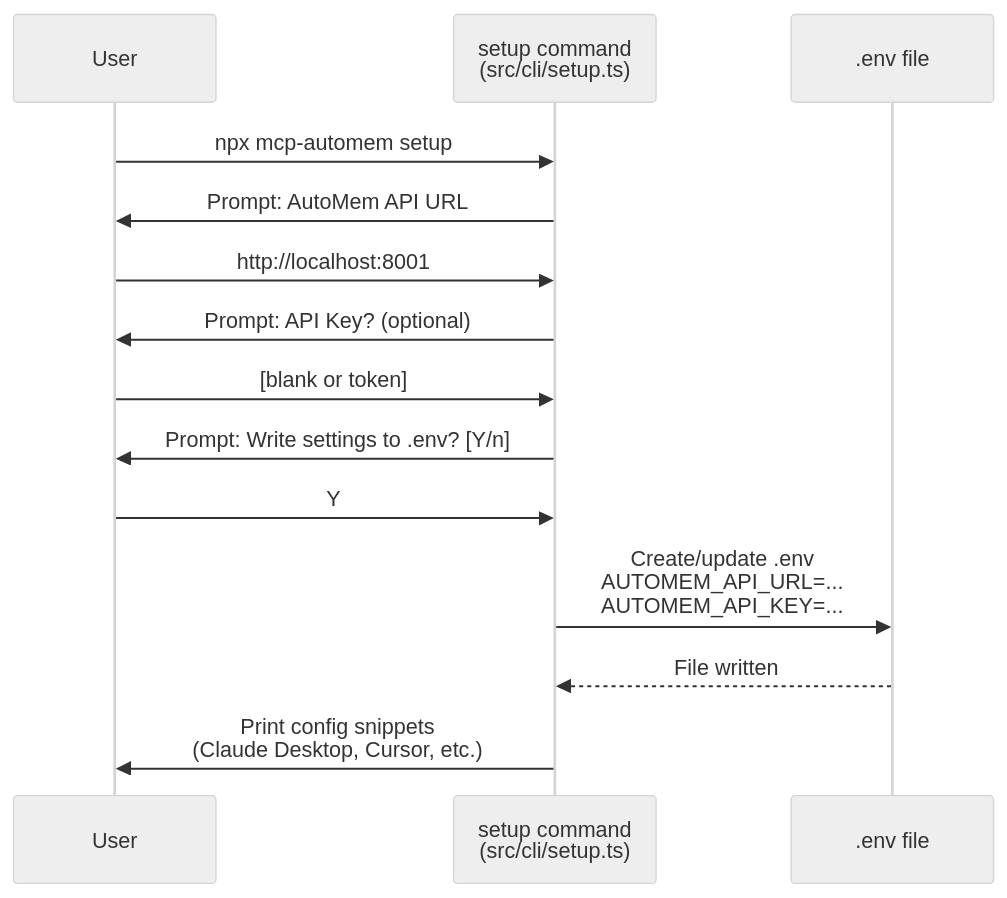
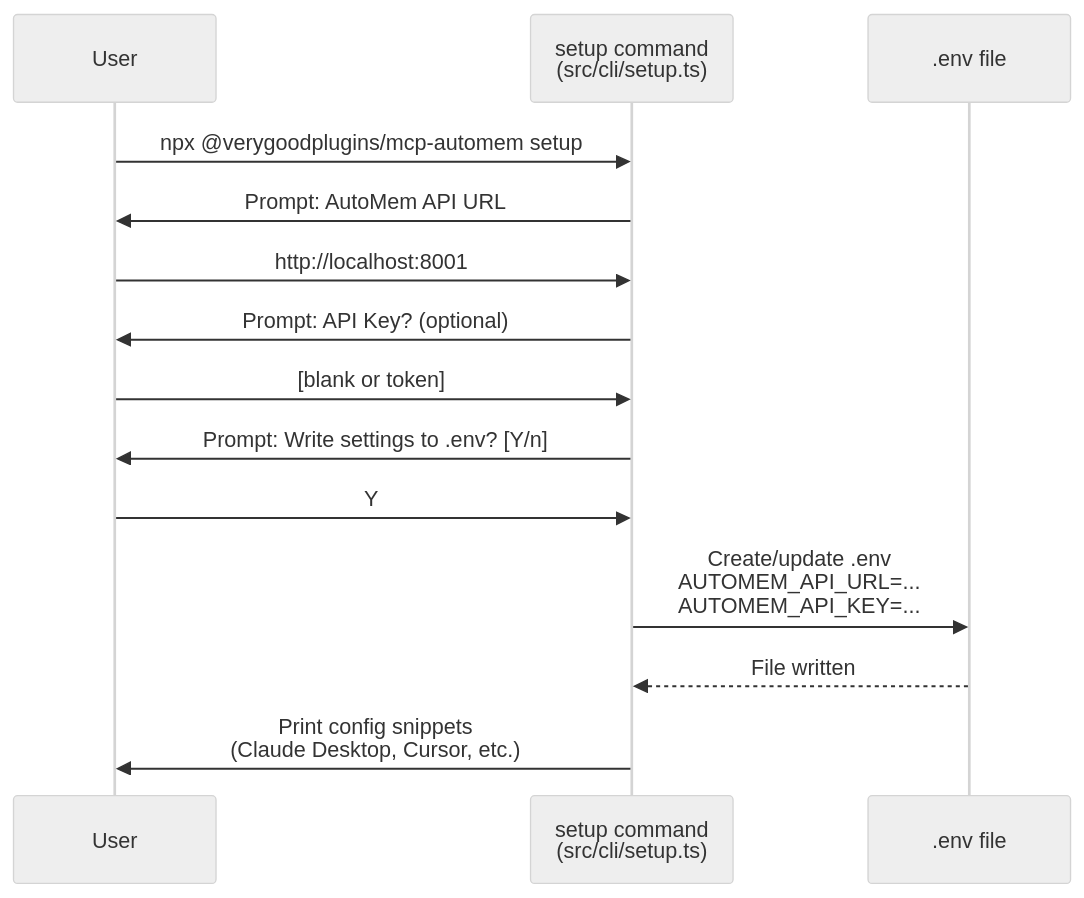
One commit to verygoodplugins/automem-website changed the fourth of 5 diagrams in src/content/docs/docs/getting-started/quick-start.md. Above: the diagram before and after it, drawn with Mermaid (neutral theme). The commit also changed other lines of this file, not shown here.

````diff
--- a/src/content/docs/docs/getting-started/quick-start.md
+++ b/src/content/docs/docs/getting-started/quick-start.md
@@ -318,19 +318,19 @@
 ```mermaid
 sequenceDiagram
     participant User
     participant CLI as setup command<br/>(src/cli/setup.ts)
     participant ENV as .env file
 
-    User->>CLI: npx mcp-automem setup
+    User->>CLI: npx @verygoodplugins/mcp-automem setup
     CLI->>User: Prompt: AutoMem API URL
     User->>CLI: http://localhost:8001
     CLI->>User: Prompt: API Key? (optional)
     User->>CLI: [blank or token]
 
     CLI->>User: Prompt: Write settings to .env? [Y/n]
     User->>CLI: Y
     CLI->>ENV: Create/update .env<br/>AUTOMEM_API_URL=...<br/>AUTOMEM_API_KEY=...
     ENV-->>CLI: File written
 
     CLI->>User: Print config snippets<br/>(Claude Desktop, Cursor, etc.)
 ```
````
